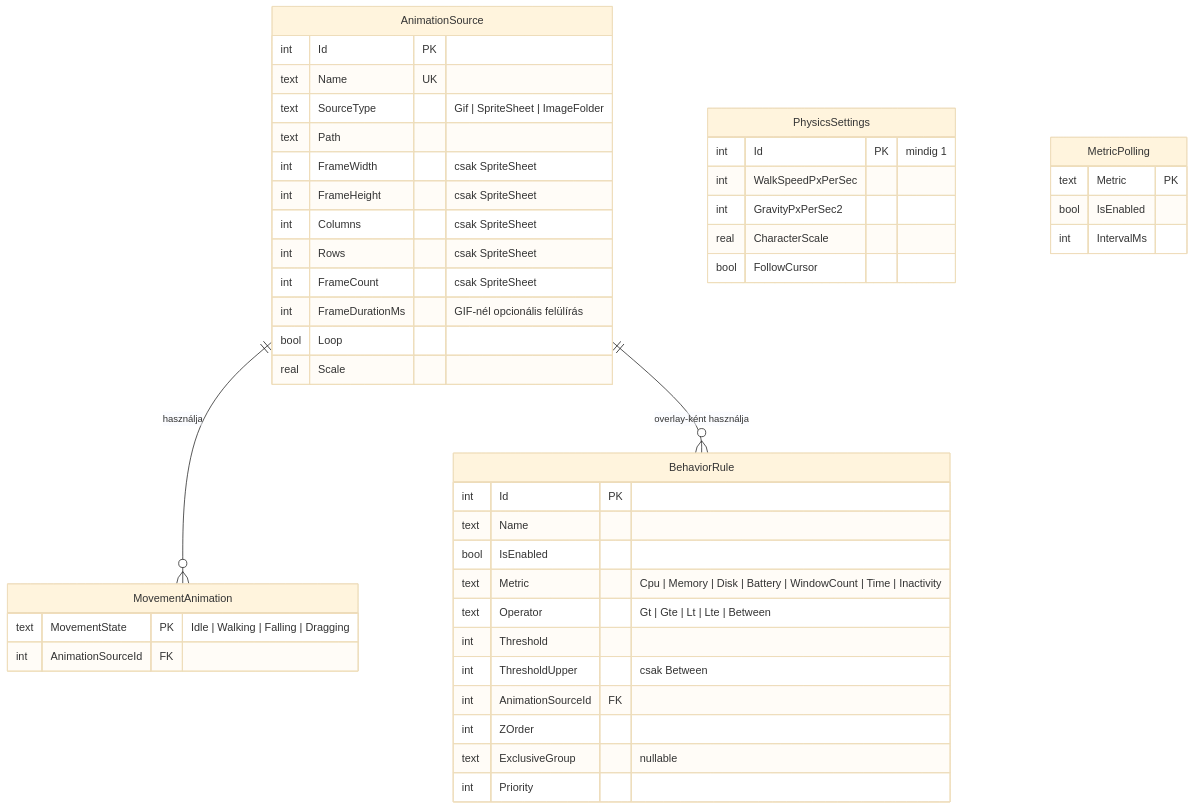
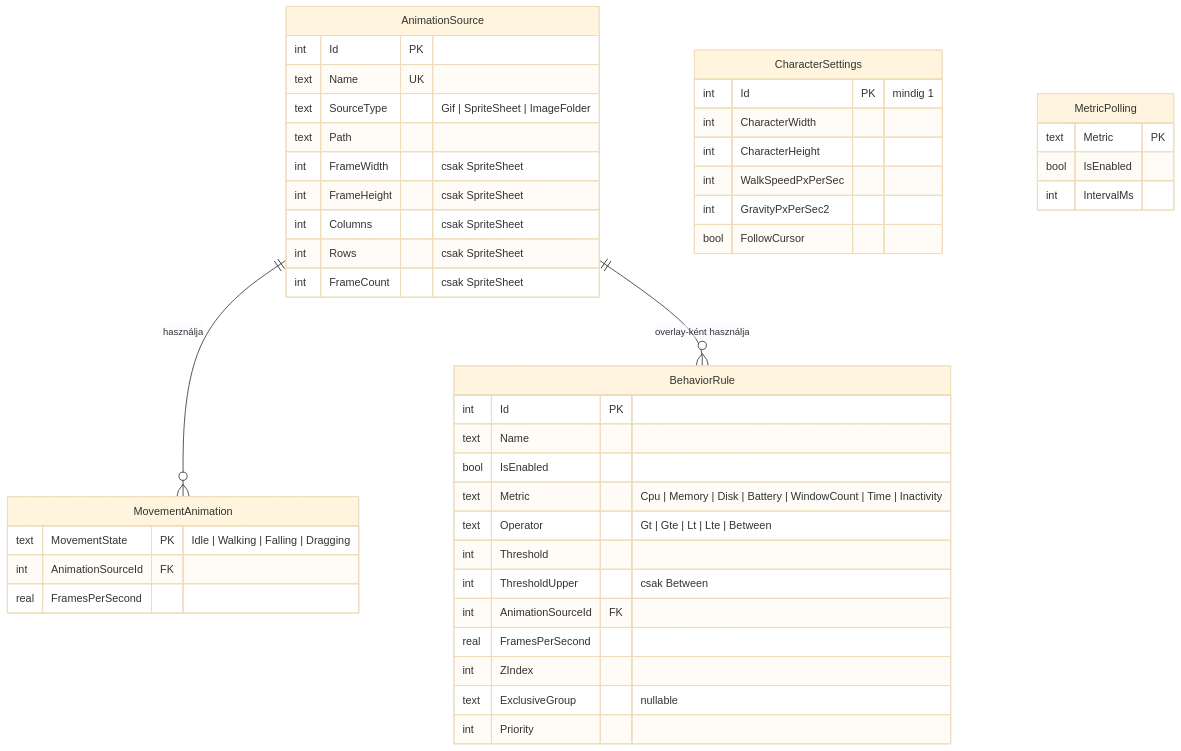
The diagram in docs/configuration_engine/schema.md (Keny3r/MonkeyStack_Szoftverarchitekturak_Hazi), drawn with Mermaid (base theme) before and after one commit. The commit also changed other lines of this file and 1 other file, not shown here.

````diff
--- a/docs/configuration_engine/schema.md
+++ b/docs/configuration_engine/schema.md
@@ -21,49 +21,49 @@
 ```mermaid
 erDiagram
     AnimationSource ||--o{ MovementAnimation : "használja"
     AnimationSource ||--o{ BehaviorRule : "overlay-ként használja"
 
     AnimationSource {
         int Id PK
         text Name UK
         text SourceType "Gif | SpriteSheet | ImageFolder"
         text Path
         int FrameWidth "csak SpriteSheet"
         int FrameHeight "csak SpriteSheet"
         int Columns "csak SpriteSheet"
         int Rows "csak SpriteSheet"
         int FrameCount "csak SpriteSheet"
-        int FrameDurationMs "GIF-nél opcionális felülírás"
-        bool Loop
-        real Scale
     }
     MovementAnimation {
         text MovementState PK "Idle | Walking | Falling | Dragging"
         int AnimationSourceId FK
+        real FramesPerSecond
     }
     BehaviorRule {
         int Id PK
         text Name
         bool IsEnabled
         text Metric "Cpu | Memory | Disk | Battery | WindowCount | Time | Inactivity"
         text Operator "Gt | Gte | Lt | Lte | Between"
         int Threshold
         int ThresholdUpper "csak Between"
         int AnimationSourceId FK
-        int ZOrder
+        real FramesPerSecond
+        int ZIndex
         text ExclusiveGroup "nullable"
         int Priority
     }
-    PhysicsSettings {
+    CharacterSettings {
         int Id PK "mindig 1"
+        int CharacterWidth
+        int CharacterHeight
         int WalkSpeedPxPerSec
         int GravityPxPerSec2
-        real CharacterScale
         bool FollowCursor
     }
     MetricPolling {
         text Metric PK
         bool IsEnabled
         int IntervalMs
     }
 ```
````
